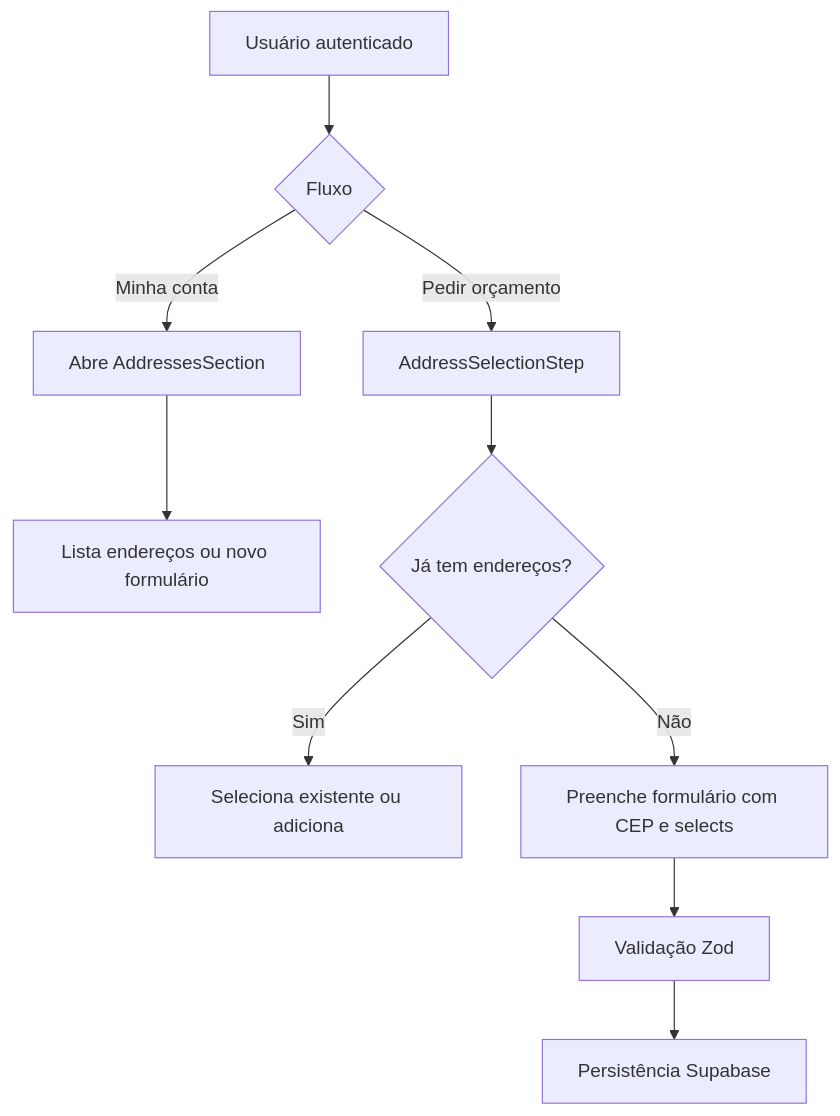
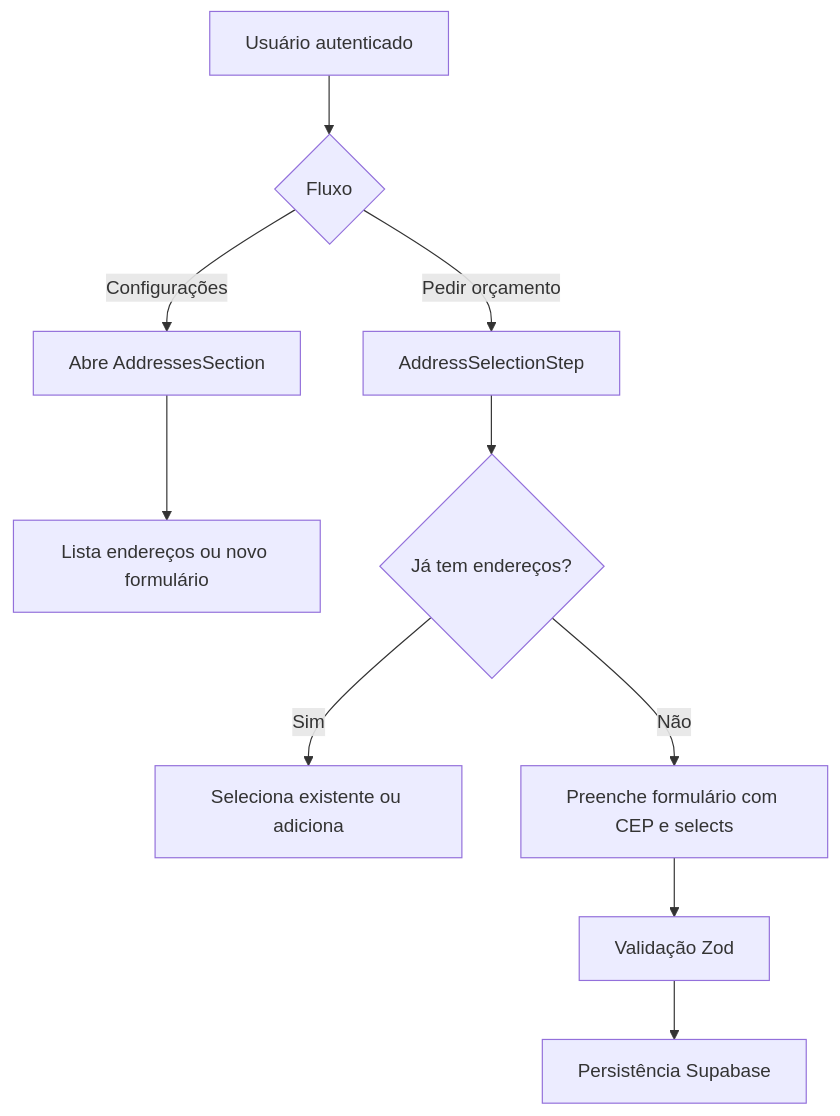
Before and after one commit to higorpo/renovi-orbit-test: the diagram in docs/business/modulos/addresses/features/gestao-de-enderecos.md, drawn with Mermaid. The commit also changed other lines of this file and 195 other files, not shown here.

````diff
--- a/docs/business/modulos/addresses/features/gestao-de-enderecos.md
+++ b/docs/business/modulos/addresses/features/gestao-de-enderecos.md
@@ -39,12 +39,12 @@
 ```mermaid
 flowchart TD
   A[Usuário autenticado] --> B{Fluxo}
-  B -->|Minha conta| C[Abre AddressesSection]
+  B -->|Configurações| C[Abre AddressesSection]
   B -->|Pedir orçamento| D[AddressSelectionStep]
   C --> E[Lista endereços ou novo formulário]
   D --> F{Já tem endereços?}
   F -->|Sim| G[Seleciona existente ou adiciona]
   F -->|Não| H[Preenche formulário com CEP e selects]
   H --> I[Validação Zod]
   I --> J[Persistência Supabase]
 ```
````
